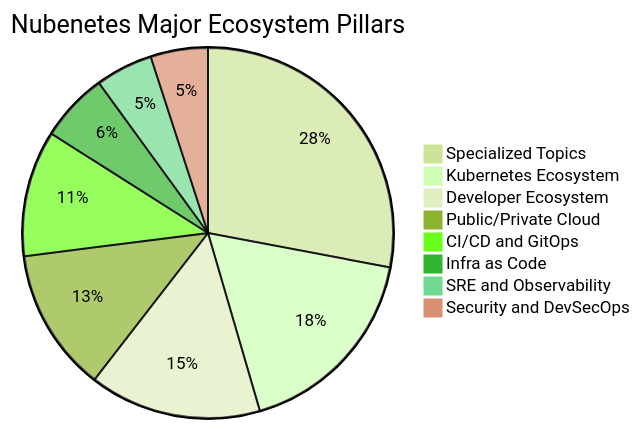
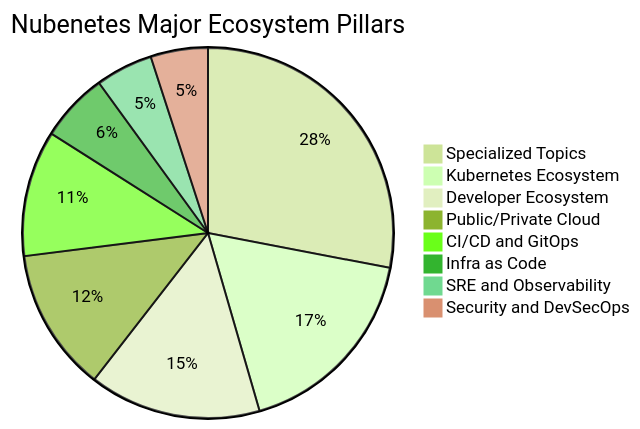
One commit to nubenetes/awesome-kubernetes changed the second of 14 diagrams in README.md. Above: the diagram before and after it, drawn with Mermaid (forest theme). The commit also changed other lines of this file and 4 other files, not shown here.

````diff
--- a/README.md
+++ b/README.md
@@ -308,11 +308,11 @@
 ```mermaid
 pie title Nubenetes Major Ecosystem Pillars
-    "Specialized Topics" : 5594
+    "Specialized Topics" : 5604
     "Kubernetes Ecosystem" : 3500
     "Developer Ecosystem" : 3000
     "Public/Private Cloud" : 2500
     "CI/CD and GitOps" : 2200
     "Infra as Code" : 1200
     "SRE and Observability" : 1000
     "Security and DevSecOps" : 1000
 ```
````
